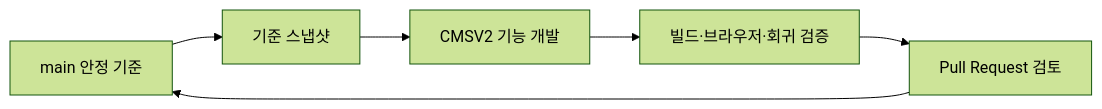
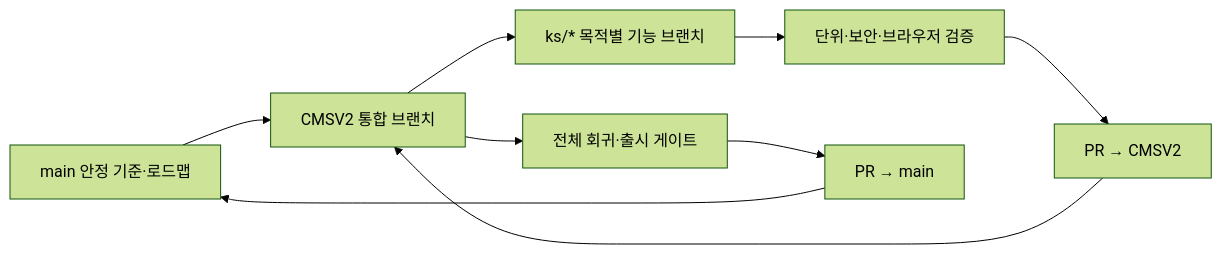
Before and after one commit to kyungsikjeung/cello: the first of 3 diagrams in README.md, drawn with Mermaid (forest theme). The commit also changed other lines of this file and 2 other files, not shown here.

Commit message:
Document SaaS architecture and branch responsibilities

````diff
--- a/README.md
+++ b/README.md
@@ -39,8 +59,11 @@
 ```mermaid
 flowchart LR
-    stable["main 안정 기준"] --> snapshot["기준 스냅샷"]
-    snapshot --> cmsv2["CMSV2 기능 개발"]
-    cmsv2 --> verify["빌드·브라우저·회귀 검증"]
-    verify --> review["Pull Request 검토"]
-    review --> stable
+    stable["main 안정 기준·로드맵"] --> integration["CMSV2 통합 브랜치"]
+    integration --> feature["ks/* 목적별 기능 브랜치"]
+    feature --> verify["단위·보안·브라우저 검증"]
+    verify --> cmsreview["PR → CMSV2"]
+    cmsreview --> integration
+    integration --> release["전체 회귀·출시 게이트"]
+    release --> mainreview["PR → main"]
+    mainreview --> stable
 ```
````
